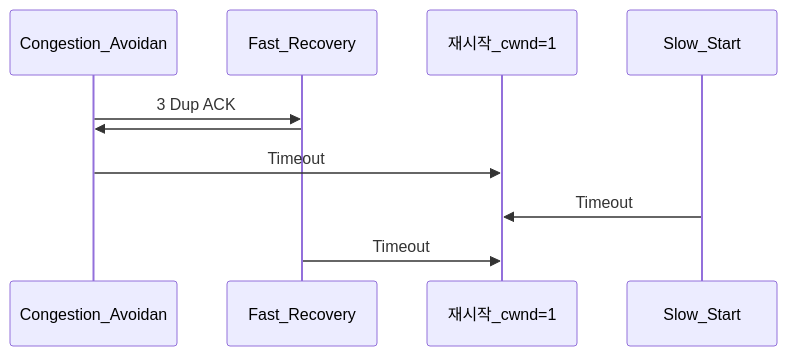
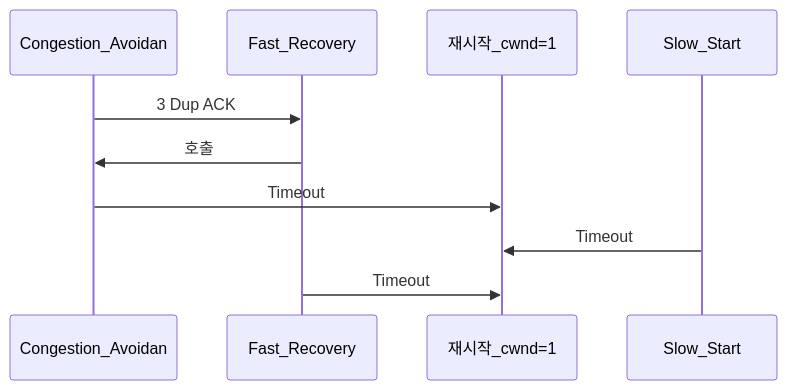
Before and after one commit to yjkim2015/yjkim2015.github.io: the fourth of 6 diagrams in _posts/network/2026-05-03-tcp-udp-deep.md, drawn with Mermaid. The commit also changed other lines of this file and 85 other files, not shown here.

First line of the commit message:
sequenceDiagram 문법 에러 2차 수정 169개 (86파일)

````diff
--- a/_posts/network/2026-05-03-tcp-udp-deep.md
+++ b/_posts/network/2026-05-03-tcp-udp-deep.md
@@ -201,8 +201,8 @@
 ```mermaid
 sequenceDiagram
     Congestion_Avoidan->>Fast_Recovery: 3 Dup ACK
-    Fast_Recovery->>Congestion_Avoidan:
+    Fast_Recovery->>Congestion_Avoidan: 호출
     Congestion_Avoidan->>재시작_cwnd=1: Timeout
     Slow_Start->>재시작_cwnd=1: Timeout
     Fast_Recovery->>재시작_cwnd=1: Timeout
 ```
````
